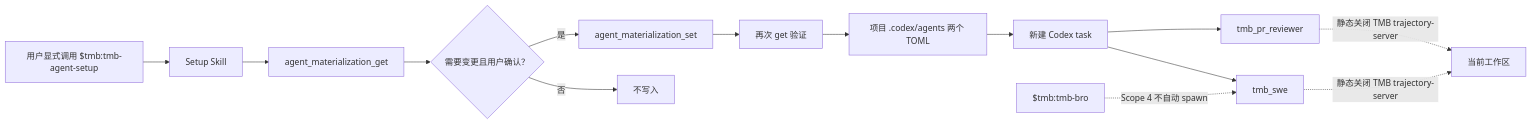
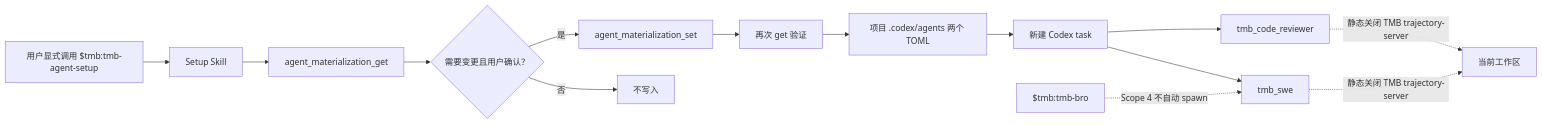
The diagram in docs/adapters/codex/SCOPE_4_PRD.md (trustmybot/plugin), drawn with Mermaid before and after one commit. The commit also changed other lines of this file and 381 other files, not shown here.

Commit message:
✨ feat(agents): rename pr-reviewer to code-reviewer everywhere, with a v51 data migration (GH 1641)

````diff
--- a/docs/adapters/codex/SCOPE_4_PRD.md
+++ b/docs/adapters/codex/SCOPE_4_PRD.md
@@ -417,16 +417,16 @@
 ```mermaid
 flowchart LR
     U["用户显式调用 $tmb:tmb-agent-setup"] --> S["Setup Skill"]
     S --> G["agent_materialization_get"]
     G --> C{"需要变更且用户确认？"}
     C -->|否| X["不写入"]
     C -->|是| M["agent_materialization_set"]
     M --> V["再次 get 验证"]
     V --> F["项目 .codex/agents 两个 TOML"]
     F --> N["新建 Codex task"]
     N --> SWE["tmb_swe"]
-    N --> REV["tmb_pr_reviewer"]
+    N --> REV["tmb_code_reviewer"]
     SWE -. "静态关闭 TMB trajectory-server" .-> W["当前工作区"]
     REV -. "静态关闭 TMB trajectory-server" .-> W
     BRO["$tmb:tmb-bro"] -. "Scope 4 不自动 spawn" .-> SWE
 ```
````
